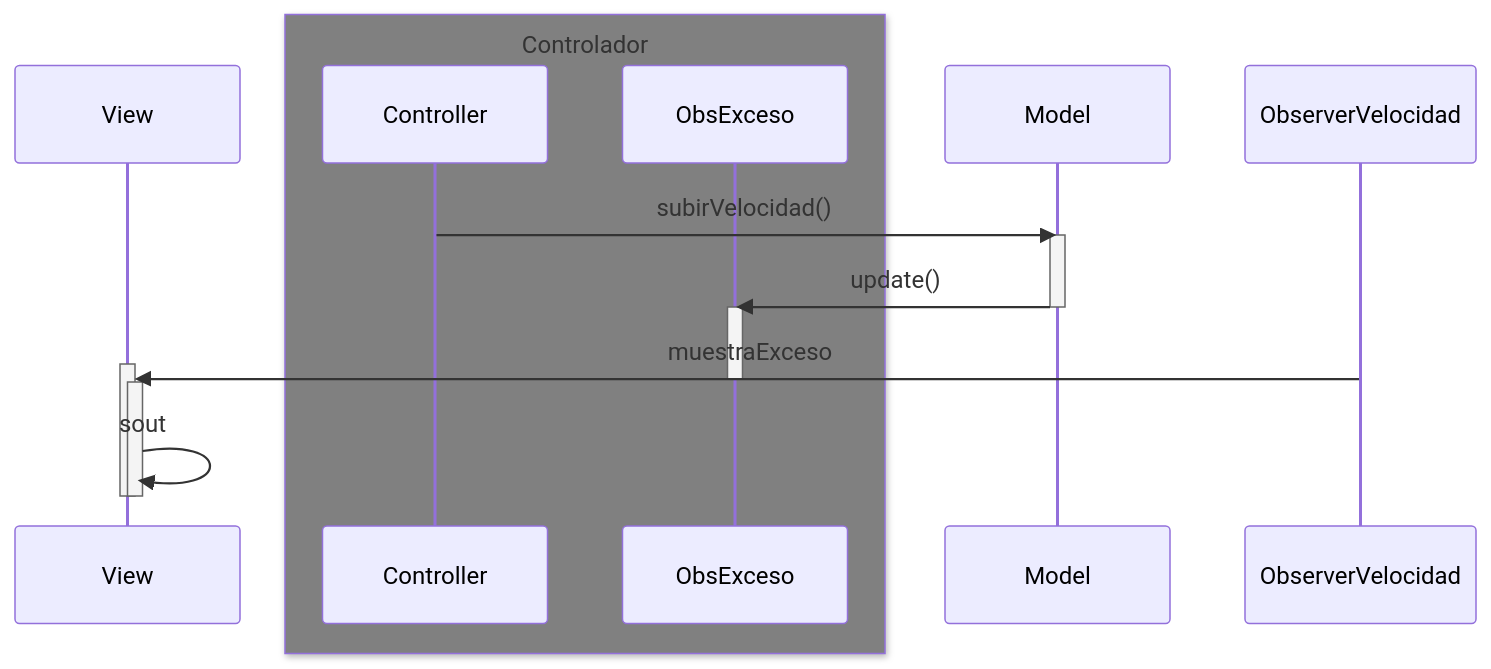
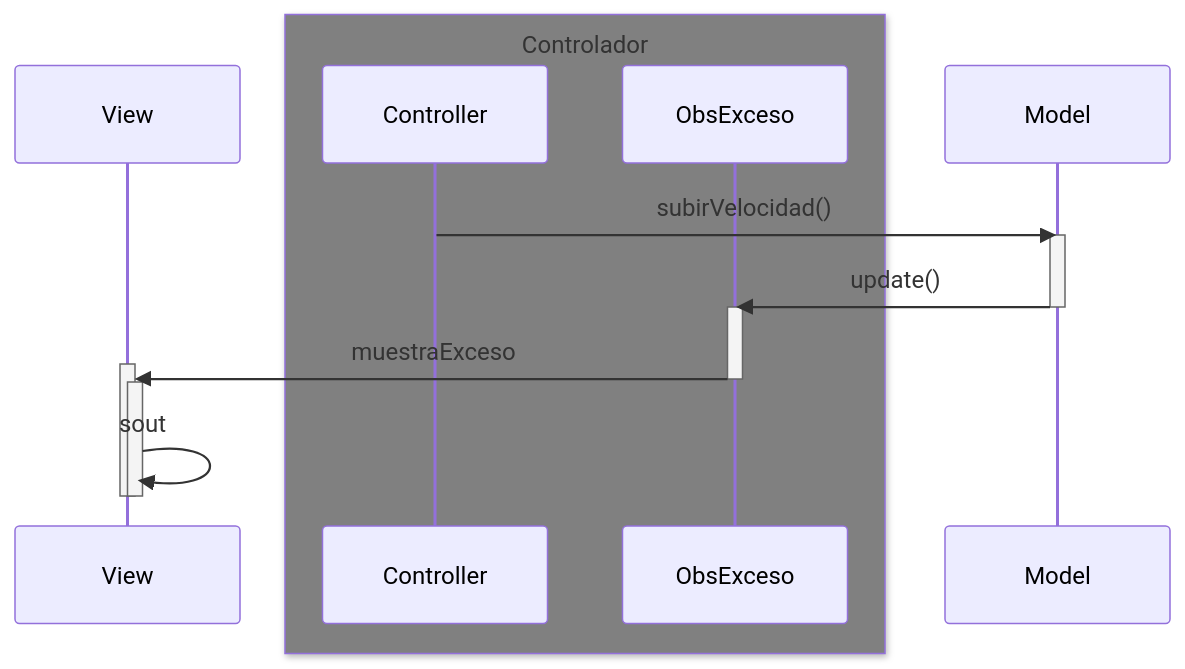
The second of 2 diagrams in Readme.md (acastineiraduran/MVC_coches), drawn with Mermaid before and after one commit.

````diff
--- a/Readme.md
+++ b/Readme.md
@@ -72,20 +72,20 @@
 ```mermaid
 sequenceDiagram
     participant View
     box gray Controlador
     participant Controller
     participant ObsExceso
     end
     participant Model
 
     Controller->>Model: subirVelocidad()
     activate Model
     Model->>ObsExceso: update()
     deactivate Model
     activate ObsExceso
-    ObserverVelocidad->>+View: muestraExceso
+    ObsExceso->>+View: muestraExceso
     deactivate ObsExceso
     activate View
     View->>-View: sout
     deactivate View
 ```
````
